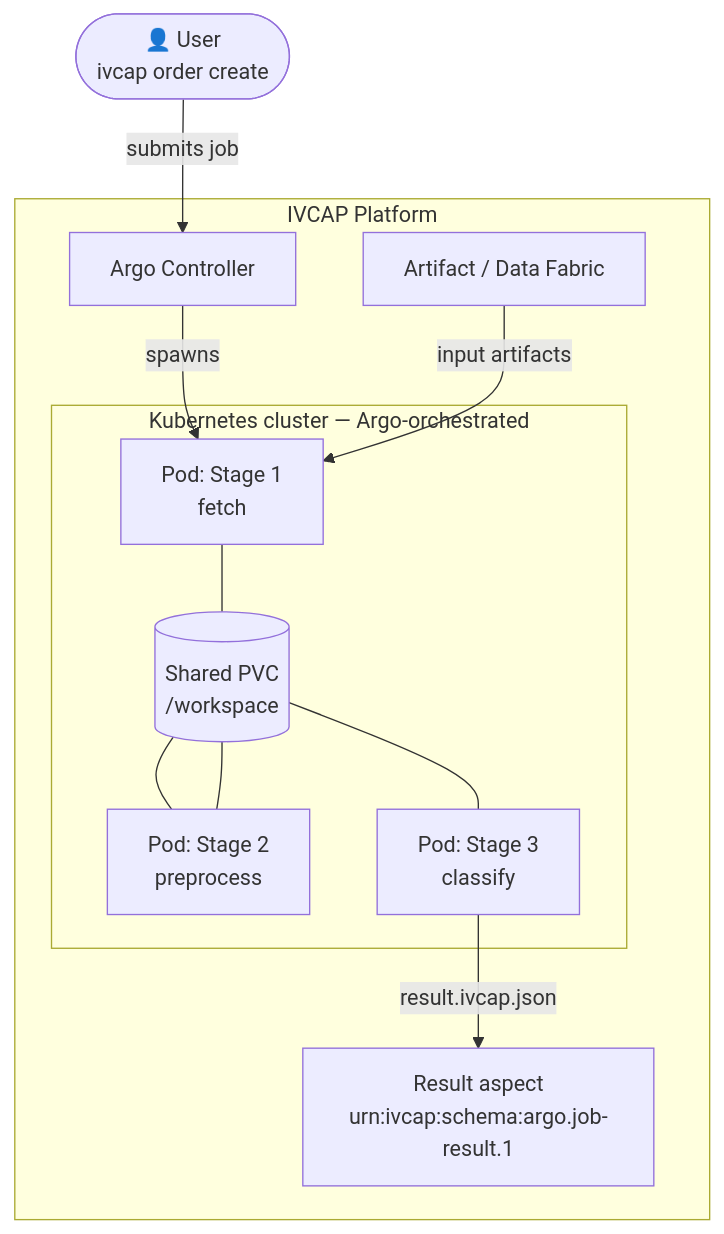
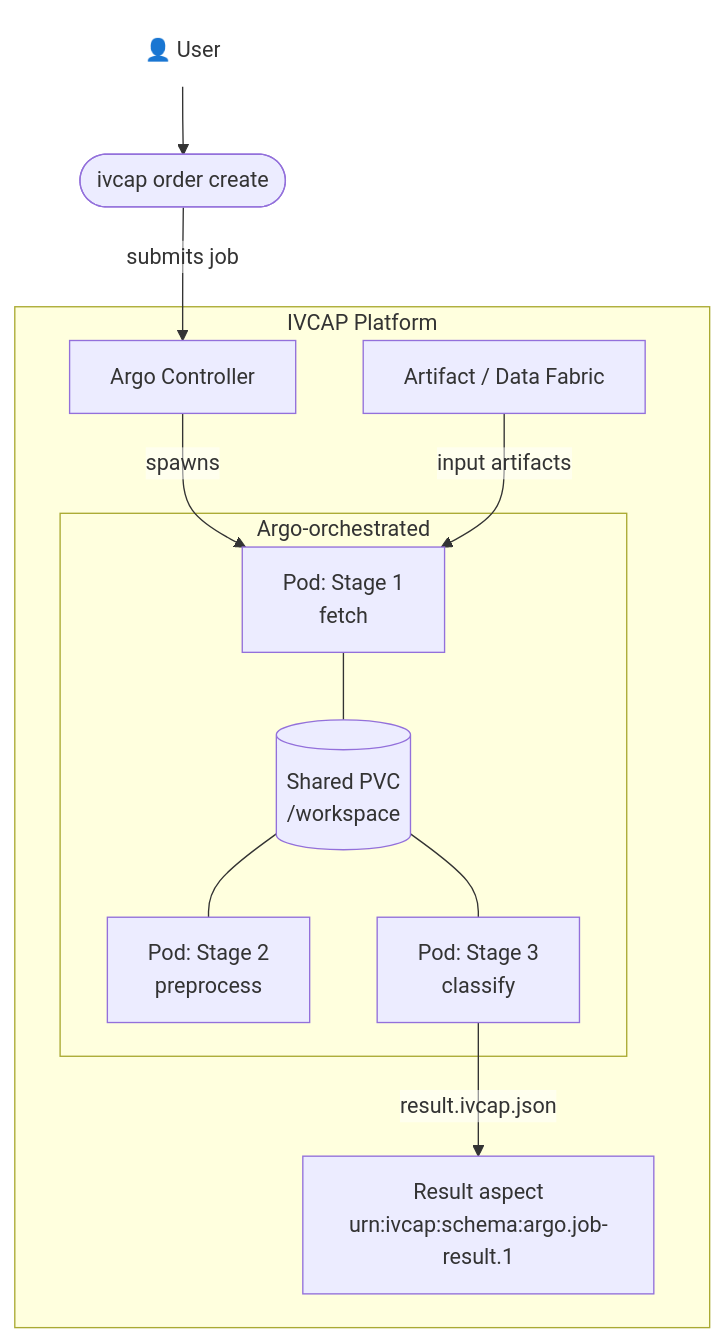
The diagram in docs/guides/argo-workflows/index.md (ivcap-works/ivcap-docs), drawn with Mermaid before and after one commit.

Commit message:
docs(argo): refine architecture diagram
- Separate 👤 User label (borderless node) above 'ivcap order create' pill
- Transparent edge label backgrounds via themeVariables edgeLabelBackground
- Rename inner subgraph to 'Argo-orchestrated' (drop 'Kubernetes cluster')
- Add classDef nobox for the user label node

````diff
--- a/docs/guides/argo-workflows/index.md
+++ b/docs/guides/argo-workflows/index.md
@@ -45,26 +45,30 @@
 ```mermaid
+%%{init: {'themeVariables': {'edgeLabelBackground': '#ffffff00'}}}%%
 flowchart TD
-    JS(["👤 User\nivcap order create"])
+    ICON["👤 User"]:::nobox
+    JS(["ivcap order create"])
 
     subgraph IVCAP["IVCAP Platform"]
         AC["Argo Controller"]
         AR["Artifact / Data Fabric"]
         RES["Result aspect\nurn:ivcap:schema:argo.job-result.1"]
 
-        subgraph K8s["Kubernetes cluster  —  Argo-orchestrated"]
+        subgraph K8s["Argo-orchestrated"]
             PVC[("Shared PVC\n/workspace")]
             P1["Pod: Stage 1\nfetch"]
             P2["Pod: Stage 2\npreprocess"]
             P3["Pod: Stage 3\nclassify"]
         end
     end
 
+    ICON --> JS
     JS -->|submits job| AC
     AC -->|spawns| P1
     AR -->|input artifacts| P1
     P1 --- PVC
     PVC --- P2
-    P2 --- PVC
     PVC --- P3
     P3 -->|result.ivcap.json| RES
+
+    classDef nobox fill:none,stroke:none
 ```
````
